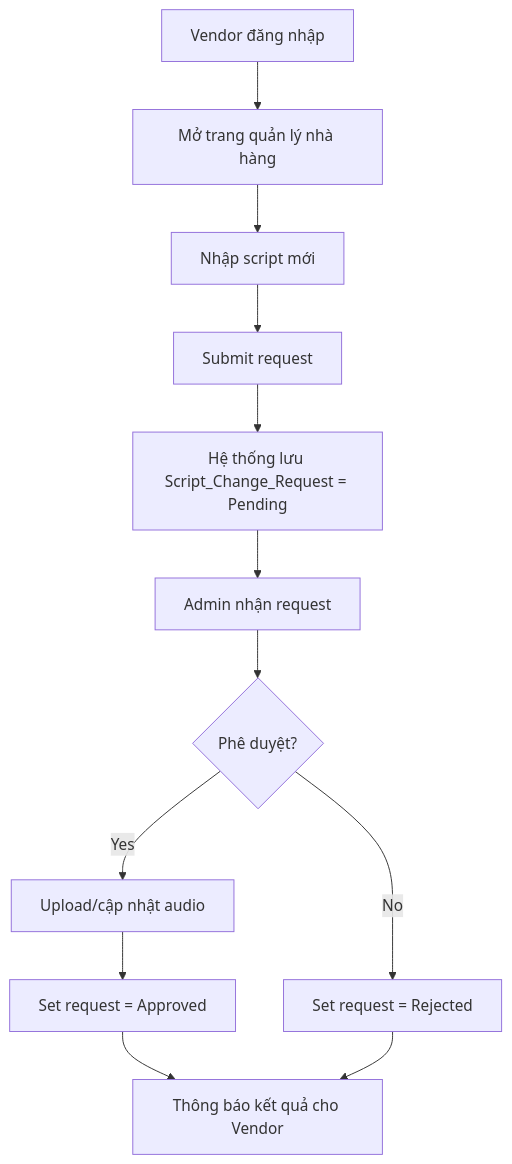
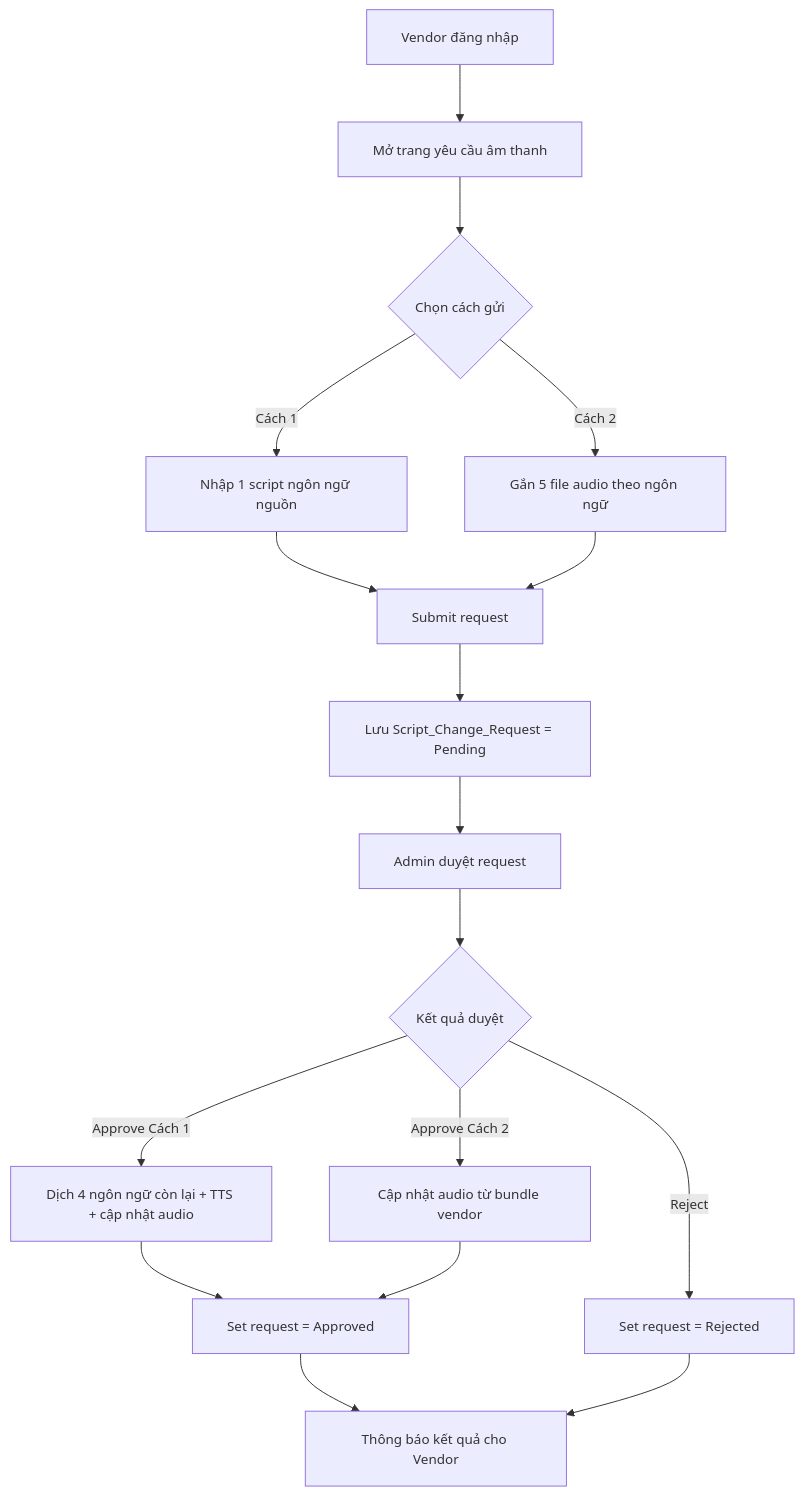
Before and after one commit to NguyenPhuc-Du/StreetFood: diagram 17 of 27 in prd.md, drawn with Mermaid. The commit also changed other lines of this file, not shown here.

````diff
--- a/prd.md
+++ b/prd.md
@@ -649,14 +857,20 @@
 ```mermaid
+%%{init: {'themeVariables': {'fontSize': '14px'}, 'flowchart': {'nodeSpacing': 60, 'rankSpacing': 60, 'padding': 18, 'htmlLabels': true}}}%%
 flowchart TD
-    S[Vendor đăng nhập] --> A[Mở trang quản lý nhà hàng]
-    A --> B[Nhập script mới]
-    B --> C[Submit request]
-    C --> D[Hệ thống lưu Script_Change_Request = Pending]
-    D --> E[Admin nhận request]
-    E --> F{Phê duyệt?}
-    F -- Yes --> G[Upload/cập nhật audio]
-    G --> H[Set request = Approved]
-    F -- No --> I[Set request = Rejected]
-    H --> J[Thông báo kết quả cho Vendor]
-    I --> J
+    S[Vendor đăng nhập] --> A[Mở trang yêu cầu âm thanh]
+    A --> B{Chọn cách gửi}
+    B -- Cách 1 --> C[Nhập 1 script ngôn ngữ nguồn]
+    B -- Cách 2 --> D[Gắn 5 file audio theo ngôn ngữ]
+    C --> E[Submit request]
+    D --> E
+    E --> F[Lưu Script_Change_Request = Pending]
+    F --> G[Admin duyệt request]
+    G --> H{Kết quả duyệt}
+    H -- Approve Cách 1 --> I[Dịch 4 ngôn ngữ còn lại + TTS + cập nhật audio]
+    H -- Approve Cách 2 --> J[Cập nhật audio từ bundle vendor]
+    H -- Reject --> K[Set request = Rejected]
+    I --> L[Set request = Approved]
+    J --> L
+    L --> M[Thông báo kết quả cho Vendor]
+    K --> M
 ```
````
